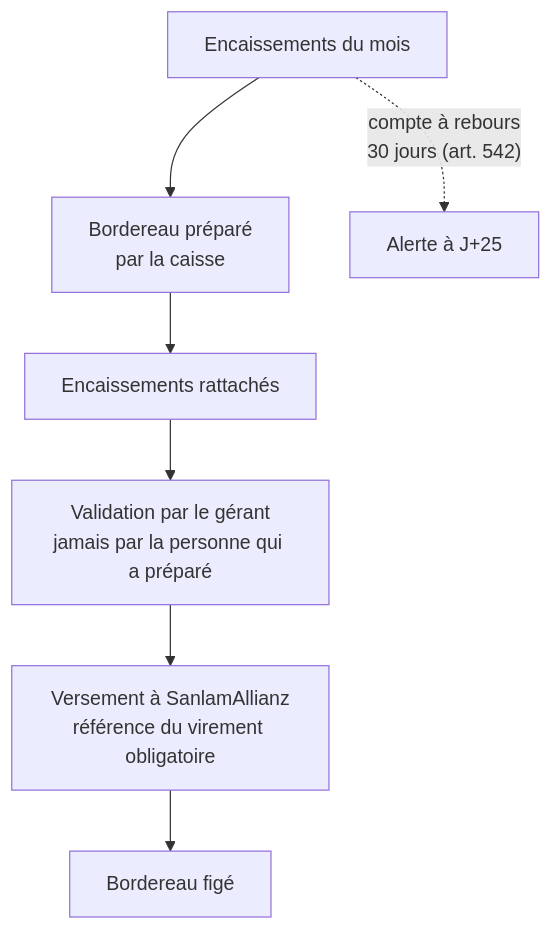
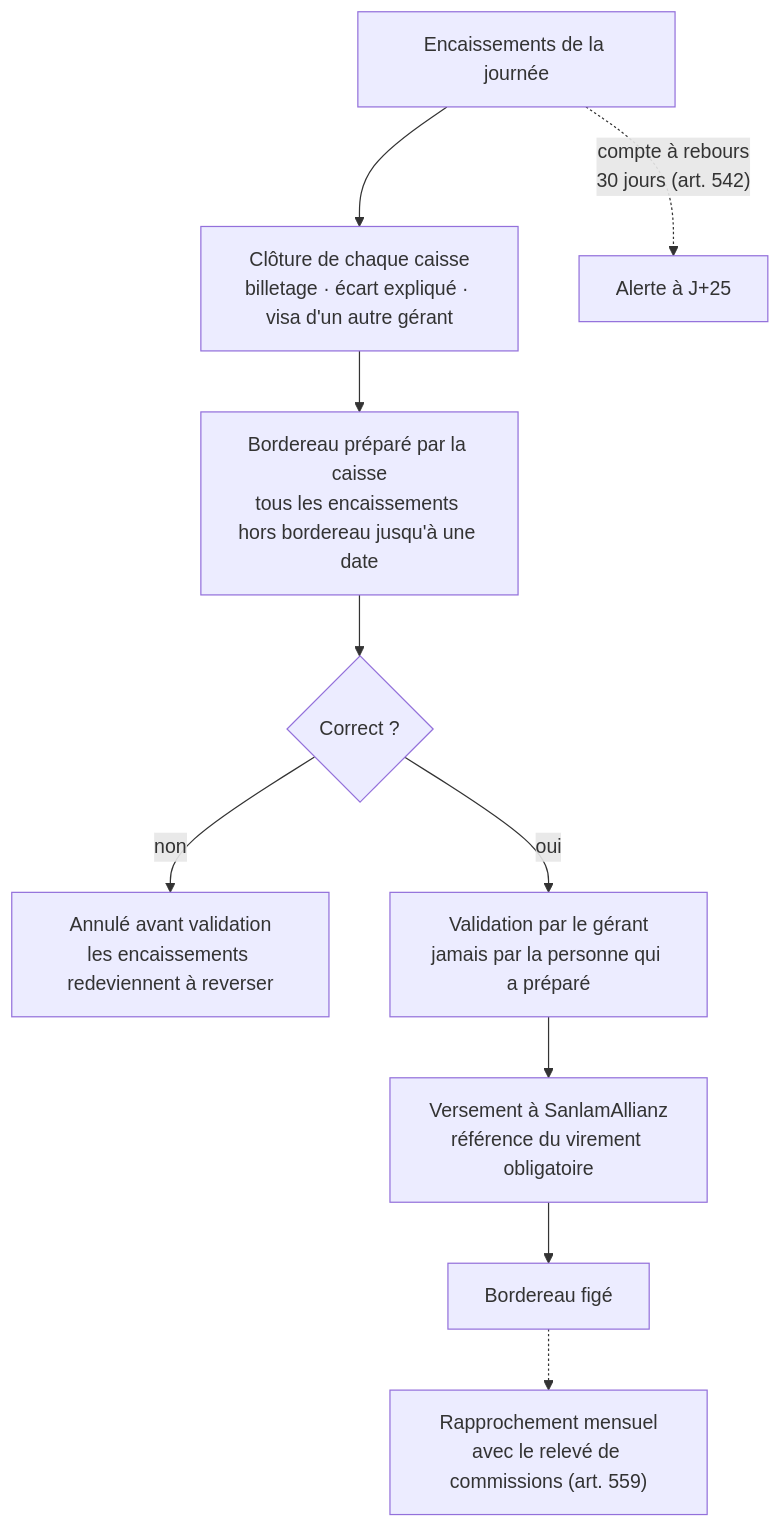
One commit to doumby87-stack/DBS-ASSURANCES changed the second of 4 diagrams in docs/metier/processus.md. Above: the diagram before and after it, drawn with Mermaid. The commit also changed other lines of this file and 11 other files, not shown here.

First line of the commit message:
docs: caisse, reversements et commissions (tâche 5)

````diff
--- a/docs/metier/processus.md
+++ b/docs/metier/processus.md
@@ -23,9 +23,12 @@
 ```mermaid
 flowchart TD
-  A["Encaissements du mois"] --> B["Bordereau préparé<br/>par la caisse"]
-  B --> C["Encaissements rattachés"]
-  C --> D["Validation par le gérant<br/>jamais par la personne qui a préparé"]
+  A["Encaissements de la journée"] --> K["Clôture de chaque caisse<br/>billetage · écart expliqué · visa d'un autre gérant"]
+  K --> B["Bordereau préparé par la caisse<br/>tous les encaissements hors bordereau jusqu'à une date"]
+  B --> C{"Correct ?"}
+  C -->|non| X["Annulé avant validation<br/>les encaissements redeviennent à reverser"]
+  C -->|oui| D["Validation par le gérant<br/>jamais par la personne qui a préparé"]
   D --> E["Versement à SanlamAllianz<br/>référence du virement obligatoire"]
   E --> F["Bordereau figé"]
   A -.->|"compte à rebours<br/>30 jours (art. 542)"| G["Alerte à J+25"]
+  F -.-> H["Rapprochement mensuel<br/>avec le relevé de commissions (art. 559)"]
 ```
````
